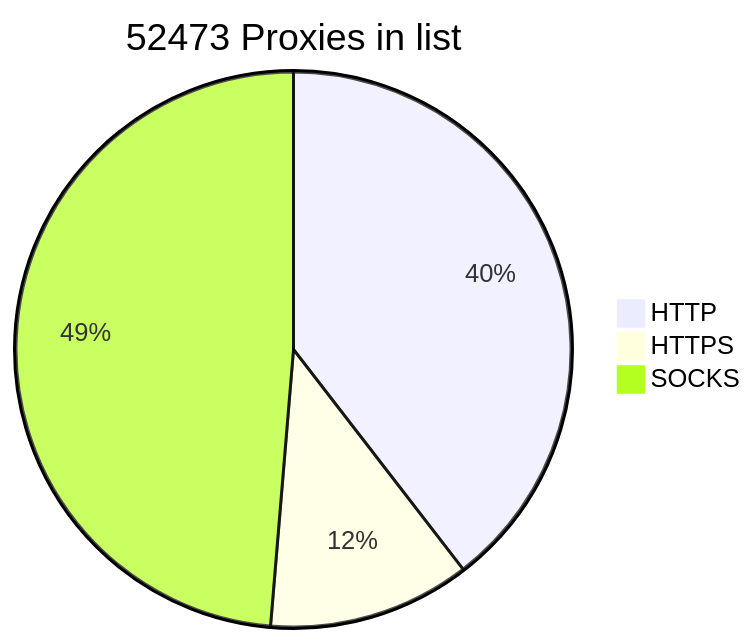
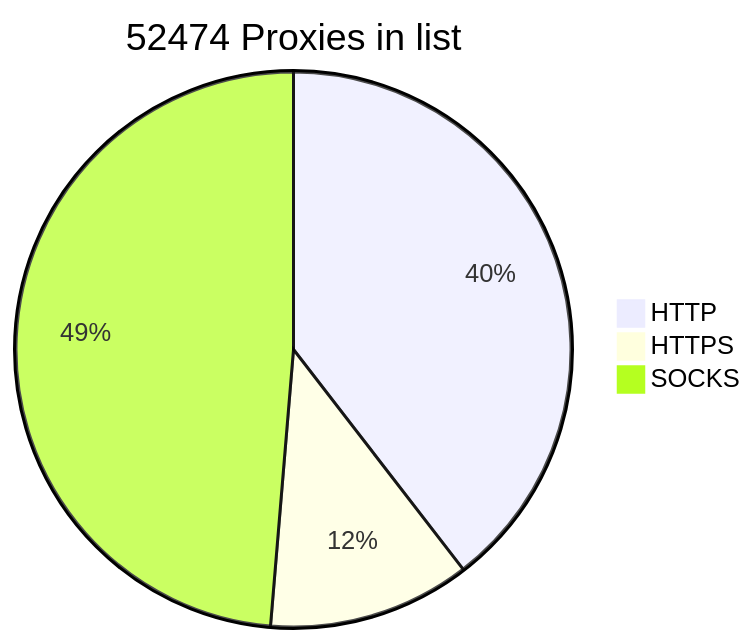
Before and after one commit to BlackSnowDot/proxylist-update-every-minute: the diagram in README.md, drawn with Mermaid.

````diff
--- a/README.md
+++ b/README.md
@@ -2,6 +2,6 @@
 ```mermaid
-pie title 52473 Proxies in list
+pie title 52474 Proxies in list
     "HTTP" : 23132
-    "HTTPS": 6891
+    "HTTPS": 6893
     "SOCKS" : 28479
 ```
````
